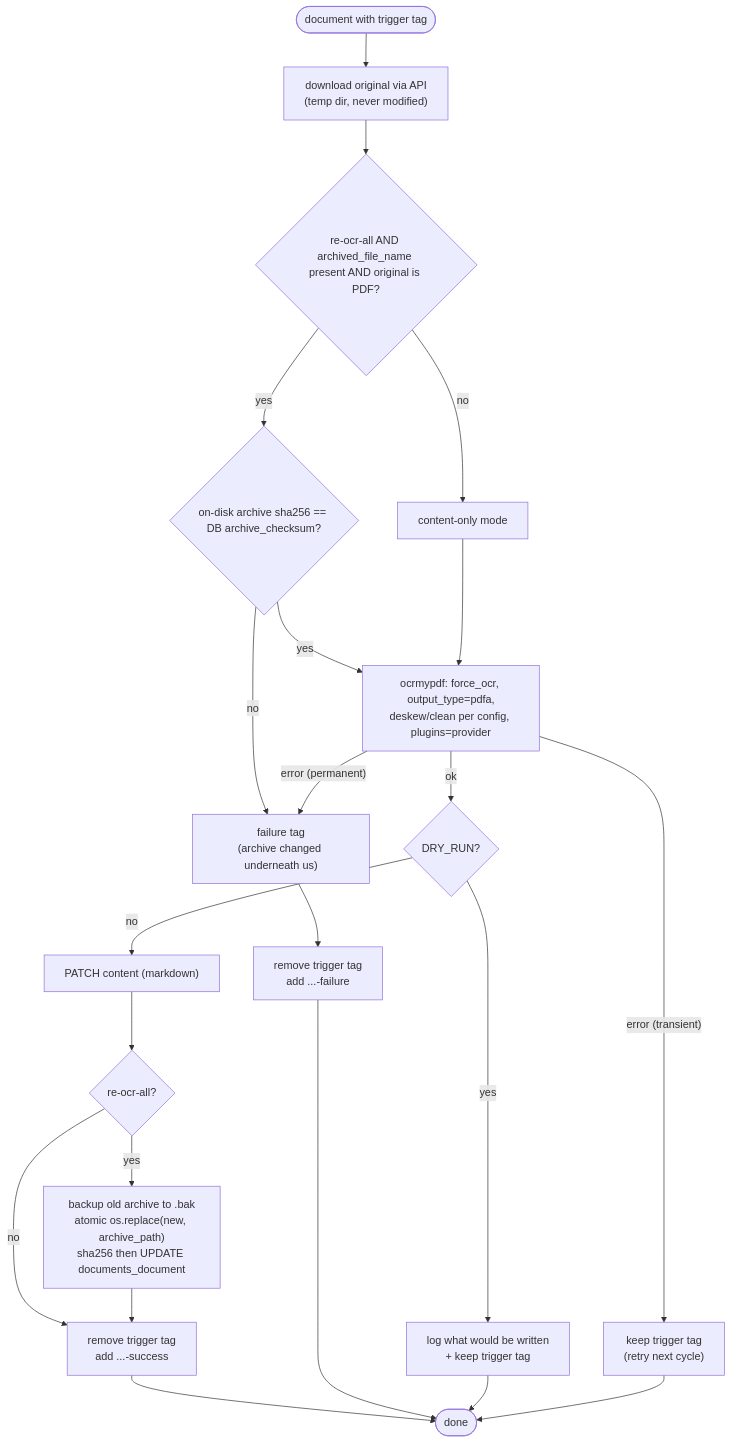
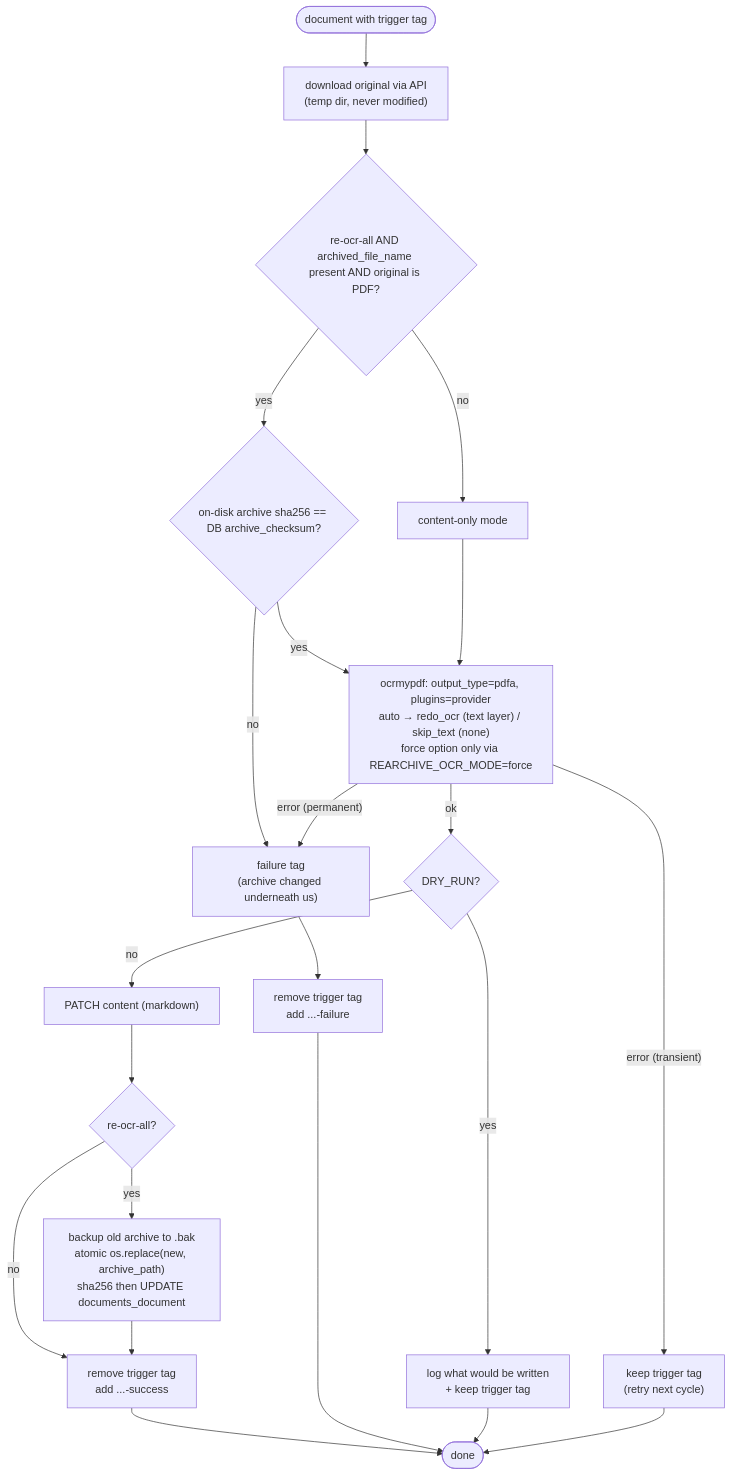
The second of 2 diagrams in doc/PLANNING.md (strichte/paperless-rearchive), drawn with Mermaid before and after one commit. The commit also changed other lines of this file and 21 other files, not shown here.

````diff
--- a/doc/PLANNING.md
+++ b/doc/PLANNING.md
@@ -92,24 +129,24 @@
 ```mermaid
 flowchart TD
     START([document with trigger tag]) --> DL["download original via API<br/>(temp dir, never modified)"]
     DL --> ARCH{"re-ocr-all AND archived_file_name present AND original is PDF?"}
     ARCH -- "no" --> CO["content-only mode"]
     ARCH -- "yes" --> CK{"on-disk archive sha256 == DB archive_checksum?"}
     CK -- "no" --> FAIL["failure tag<br/>(archive changed underneath us)"]
-    CK -- "yes" --> OCR["ocrmypdf: force_ocr, output_type=pdfa,<br/>deskew/clean per config, plugins=provider"]
+    CK -- "yes" --> OCR["ocrmypdf: output_type=pdfa, plugins=provider<br/>auto → redo_ocr (text layer) / skip_text (none)<br/>force option only via REARCHIVE_OCR_MODE=force"]
     CO --> OCR
     OCR -- "error (transient)" --> KEEP["keep trigger tag<br/>(retry next cycle)"]
     OCR -- "error (permanent)" --> FAIL
     OCR -- "ok" --> DRY{"DRY_RUN?"}
     DRY -- "yes" --> REPORT["log what would be written<br/>+ keep trigger tag"]
     DRY -- "no" --> PATCH["PATCH content (markdown)"]
     PATCH --> MODE{"re-ocr-all?"}
     MODE -- "yes" --> REPL["backup old archive to .bak<br/>atomic os.replace(new, archive_path)<br/>sha256 then UPDATE documents_document"]
     MODE -- "no" --> TAGS
     REPL --> TAGS["remove trigger tag<br/>add ...-success"]
     FAIL --> TAGSF["remove trigger tag<br/>add ...-failure"]
     TAGS --> DONE([done])
     TAGSF --> DONE
     REPORT --> DONE
     KEEP --> DONE
 ```
````
